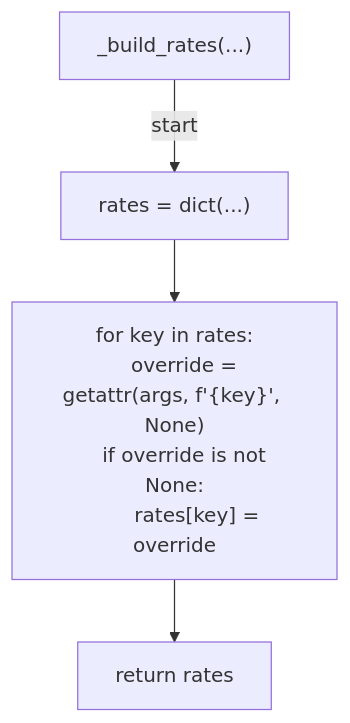
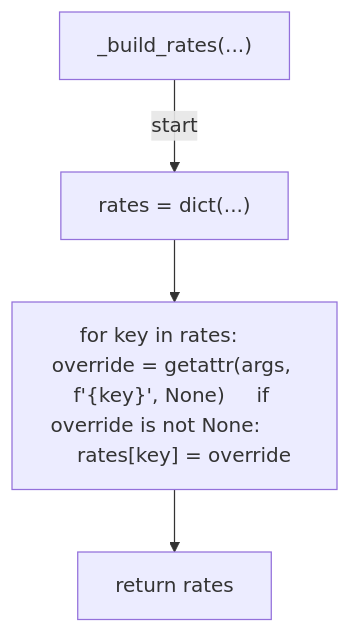
One commit to tvna/claude-md changed diagram 11 of 13 in docs/generated/scripts/ast/session_cost_structure.md. Above: the diagram before and after it, drawn with Mermaid. The commit also changed other lines of this file and 23 other files, not shown here.

First line of the commit message:
docs(generated): regenerate decision tree and workflow diagrams (batch 4/5)

````diff
--- a/docs/generated/scripts/ast/session_cost_structure.md
+++ b/docs/generated/scripts/ast/session_cost_structure.md
@@ -253,13 +226,10 @@
 ```mermaid
 flowchart TD
     N001["_build_rates(...)"]
     N002["rates = dict(...)"]
-    N003["for key in rates:
-    override = getattr(args, f'{key}<str>', None)
-    if override is not None:
-        rates[key] = override"]
+    N003["for key in rates:     override = getattr(args, f'{key}<str>', None)     if override is not None:         rates[key] = override"]
     N004["return rates"]
     N001 -->|"start"| N002
     N002 --> N003
     N003 --> N004
 ```
````
